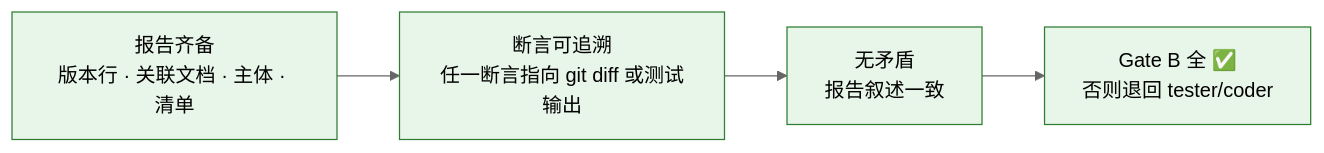
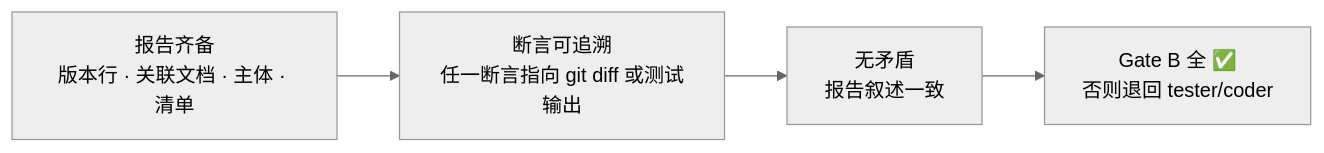
The fifth of 5 diagrams in agents/reporter.md (effiy/YrY), drawn with Mermaid (neutral theme) before and after one commit. The commit also changed other lines of this file and 9 other files, not shown here.

````diff
--- a/agents/reporter.md
+++ b/agents/reporter.md
@@ -130,8 +120,7 @@
 ```mermaid
 flowchart LR
     S1["报告齐备<br/>版本行 · 关联文档 · 主体 · 清单"]:::sig --> S2["断言可追溯<br/>任一断言指向 git diff 或测试输出"]:::sig
     S2 --> S3["无矛盾<br/>报告叙述一致"]:::sig
     S3 --> S4["Gate B 全 ✅<br/>否则退回 tester/coder"]:::sig
 
-    classDef sig fill:#e8f5e9,stroke:#2e7d32;
 ```
````
